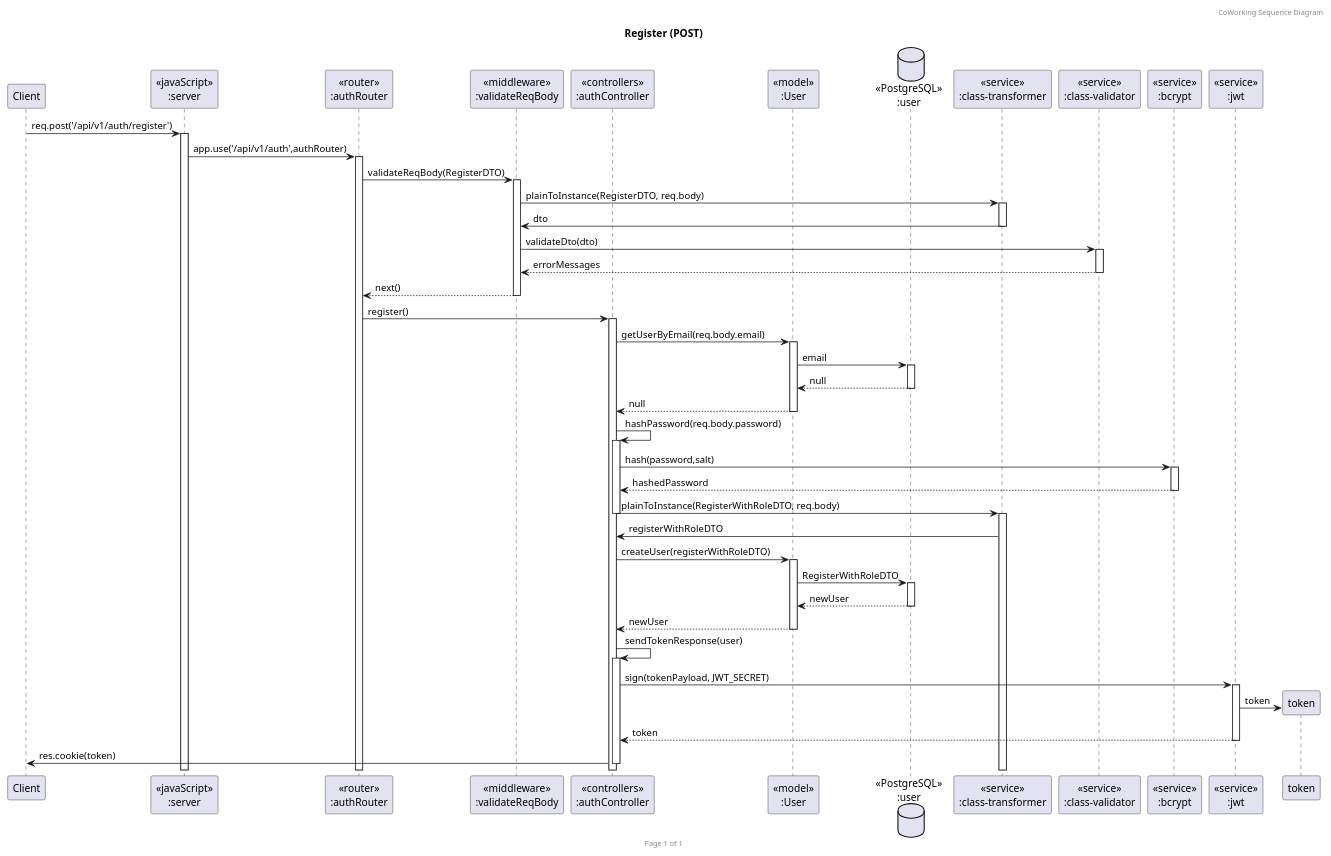
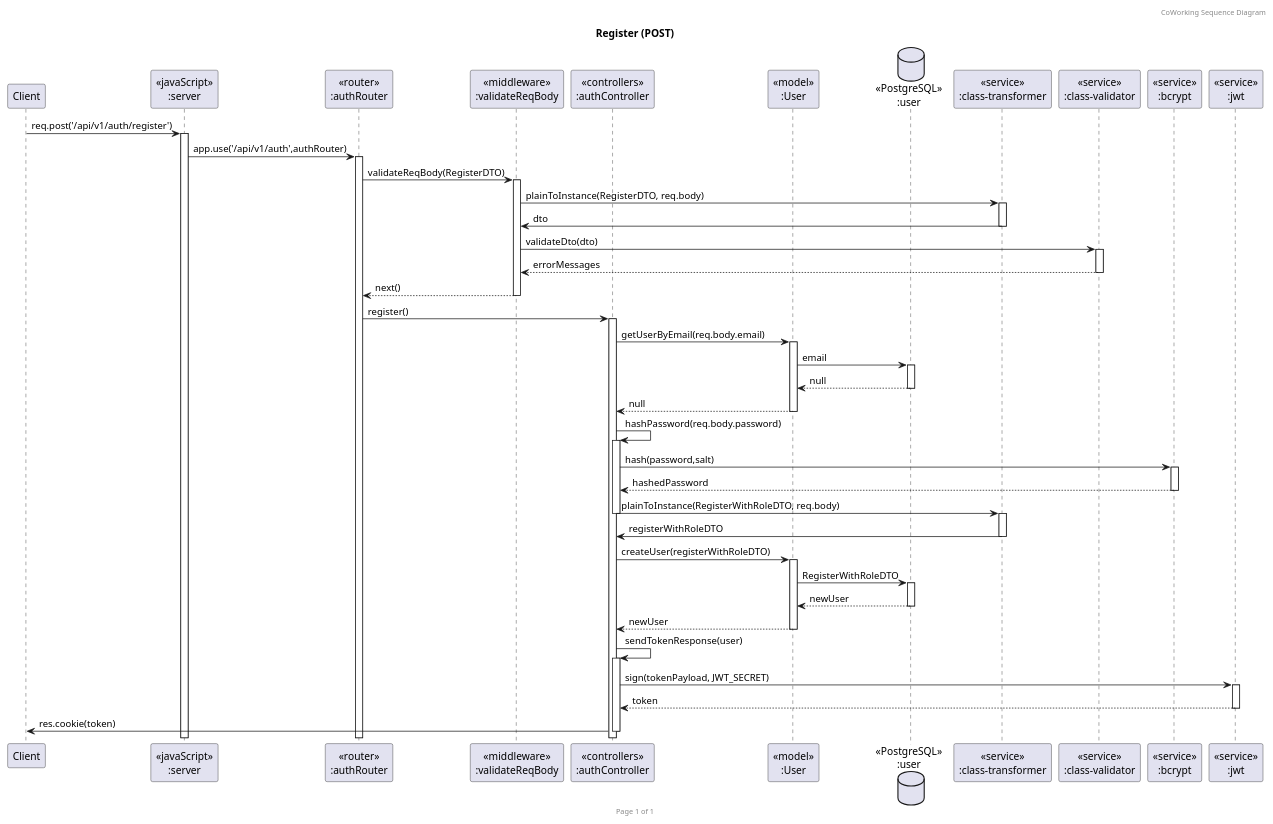
The diagram in diagrams/auth/register/register.puml (TeaChanathip/SwDev-Project), drawn with PlantUML before and after one commit. The commit also changed 5 other files, not shown here.

```diff
--- a/diagrams/auth/register/register.puml
+++ b/diagrams/auth/register/register.puml
@@ -1,51 +1,50 @@
 @startuml Register (POST)
 
 header CoWorking Sequence Diagram
 footer Page %page% of %lastpage%
 title "Register (POST)"
 
 participant "Client" as client
 participant "<<javaScript>>\n:server" as server
 participant "<<router>>\n:authRouter" as authRouter
 participant "<<middleware>>\n:validateReqBody" as middleware
 participant "<<controllers>>\n:authController" as authController
 participant "<<model>>\n:User" as userModel
 database "<<PostgreSQL>>\n:user" as userDatabase
 participant "<<service>>\n:class-transformer" as classTransformer
 participant "<<service>>\n:class-validator" as classValidator
 participant "<<service>>\n:bcrypt" as bcrypt
 participant "<<service>>\n:jwt" as jwt
 
 client->server ++:req.post('/api/v1/auth/register')
 server->authRouter ++:app.use('/api/v1/auth',authRouter)
 
 authRouter -> middleware ++: validateReqBody(RegisterDTO)
 middleware -> classTransformer ++: plainToInstance(RegisterDTO, req.body)
 classTransformer -> middleware --: dto
 middleware -> classValidator ++: validateDto(dto)
 classValidator --> middleware --: errorMessages
 middleware --> authRouter --: next()
 
 authRouter -> authController ++:register()
 
 authController->userModel ++:getUserByEmail(req.body.email)
 userModel ->userDatabase ++: email
 userDatabase --> userModel --: null
 userModel --> authController --: null
 authController -> authController ++: hashPassword(req.body.password)
 authController -> bcrypt ++: hash(password,salt)
 bcrypt --> authController --: hashedPassword
 authController -> classTransformer --++: plainToInstance(RegisterWithRoleDTO, req.body)
-classTransformer -> authController: registerWithRoleDTO
+classTransformer -> authController --: registerWithRoleDTO
 
 authController->userModel ++:createUser(registerWithRoleDTO)
 userModel ->userDatabase ++: RegisterWithRoleDTO
 userDatabase --> userModel --: newUser
 userModel --> authController --: newUser
 authController -> authController ++: sendTokenResponse(user)
 authController -> jwt ++: sign(tokenPayload, JWT_SECRET)
-token <- jwt **: token
 jwt --> authController --: token
 authController -> client --: res.cookie(token) 
 
 @enduml
```
